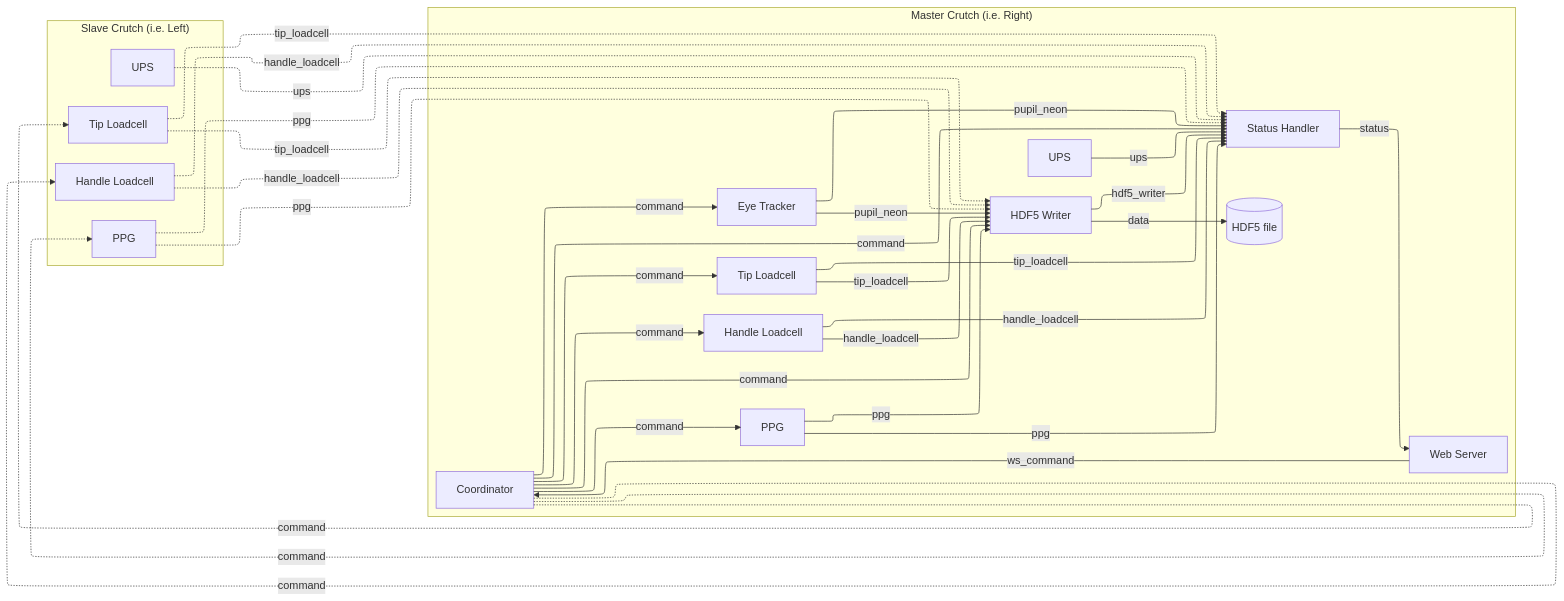
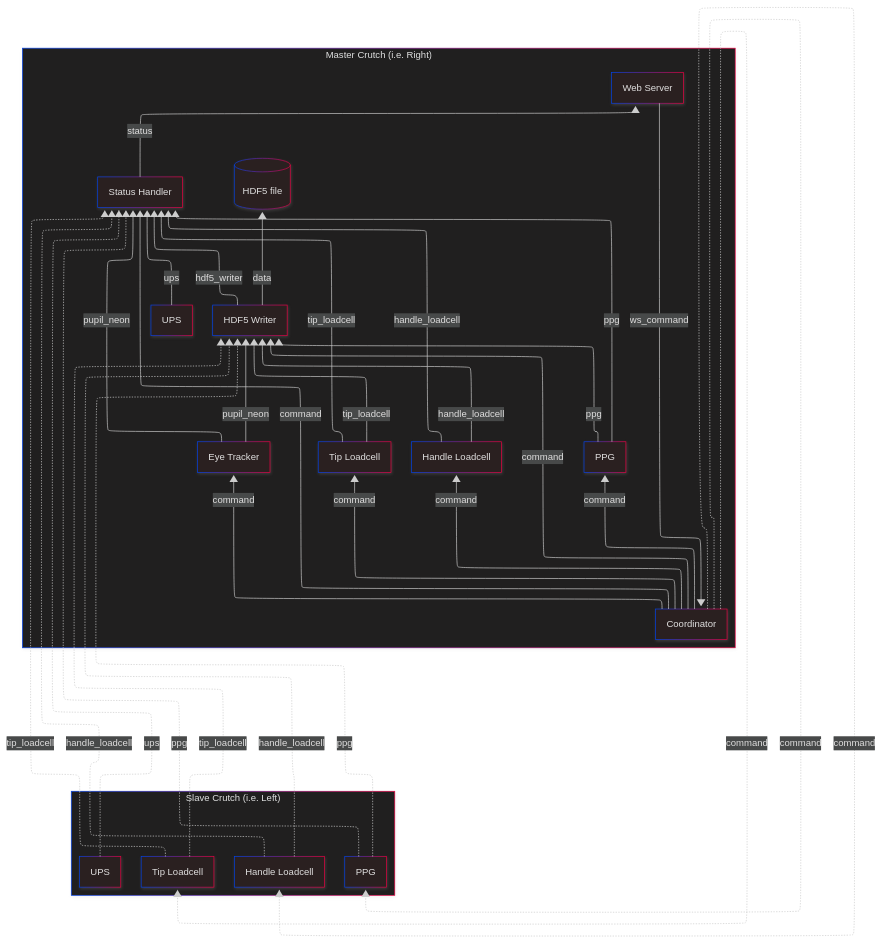
One commit to mmtlab/instrumented_crutches_mads changed the diagram in README.md. Above: the diagram before and after it, drawn with Mermaid. The commit also changed 2 other files, not shown here.

Commit message:
Refactor code structure for improved readability and maintainability

````diff
--- a/README.md
+++ b/README.md
@@ -128,63 +128,42 @@
 ```mermaid
-%%{init: {"flowchart": {"defaultRenderer": "elk"}} }%%
-flowchart LR
-    subgraph master["Master Crutch (i.e. Right)"]
+---
+config:
+  layout: elk
+  theme: neo-dark
+  look: neo
+---
+flowchart BT
+ subgraph master["Master Crutch (i.e. Right)"]
         web_server["Web Server"]
         coordinator["Coordinator"]
         status_handler["Status Handler"]
         hdf5_writer["HDF5 Writer"]
         eye_tracker["Eye Tracker"]
         m_handle_loadcell["Handle Loadcell"]
         m_tip_loadcell["Tip Loadcell"]
         m_ups["UPS"]
         m_ppg["PPG"]
-        
-        web_server -->|ws_command| coordinator
-        coordinator -->|command| status_handler
-        status_handler -->|status| web_server
-        
-        m_ups -->|ups| status_handler
-        
-        coordinator -->|command| hdf5_writer
-        hdf5_writer -->|data| hdf5[(HDF5 file)]
-        hdf5_writer -->|hdf5_writer| status_handler
-        
-        coordinator -->|command| m_tip_loadcell
-        m_tip_loadcell -->|tip_loadcell| status_handler
-        
-        coordinator -->|command| m_handle_loadcell
-        m_handle_loadcell -->|handle_loadcell| status_handler
-        
-        coordinator -->|command| m_ppg
-        m_ppg -->|ppg| status_handler
-        
-        coordinator -->|command| eye_tracker
-        eye_tracker -->|pupil_neon| status_handler
-        
-        m_tip_loadcell -->|tip_loadcell| hdf5_writer
-        m_handle_loadcell -->|handle_loadcell| hdf5_writer
-        m_ppg -->|ppg| hdf5_writer
-        eye_tracker -->|pupil_neon| hdf5_writer
-    end
-    
-    subgraph slave["Slave Crutch (i.e. Left)"]
+        hdf5[("HDF5 file")]
+  end
+ subgraph slave["Slave Crutch (i.e. Left)"]
         s_ups["UPS"]
         s_tip_loadcell["Tip Loadcell"]
         s_handle_loadcell["Handle Loadcell"]
         s_ppg["PPG"]
-    end
-    
-    coordinator -.->|command| s_tip_loadcell
-    s_tip_loadcell -.->|tip_loadcell| status_handler
-    s_tip_loadcell -.->|tip_loadcell| hdf5_writer
-    
-    coordinator -.->|command| s_handle_loadcell
-    s_handle_loadcell -.->|handle_loadcell| status_handler
-    s_handle_loadcell -.->|handle_loadcell| hdf5_writer
-
-    s_ups -.->|ups| status_handler
-    
-    coordinator -.->|command| s_ppg
-    s_ppg -.->|ppg| status_handler
-    s_ppg -.->|ppg| hdf5_writer
+  end
+    web_server -- ws_command --> coordinator
+    coordinator -- command --> status_handler & hdf5_writer & m_tip_loadcell & m_handle_loadcell & m_ppg & eye_tracker
+    status_handler -- status --> web_server
+    m_ups -- ups --> status_handler
+    hdf5_writer -- data --> hdf5
+    hdf5_writer -- hdf5_writer --> status_handler
+    m_tip_loadcell -- tip_loadcell --> status_handler & hdf5_writer
+    m_handle_loadcell -- handle_loadcell --> status_handler & hdf5_writer
+    m_ppg -- ppg --> status_handler & hdf5_writer
+    eye_tracker -- pupil_neon --> status_handler & hdf5_writer
+    coordinator -. command .-> s_tip_loadcell & s_handle_loadcell & s_ppg
+    s_tip_loadcell -. tip_loadcell .-> status_handler & hdf5_writer
+    s_handle_loadcell -. handle_loadcell .-> status_handler & hdf5_writer
+    s_ups -. ups .-> status_handler
+    s_ppg -. ppg .-> status_handler & hdf5_writer
 ```
````
